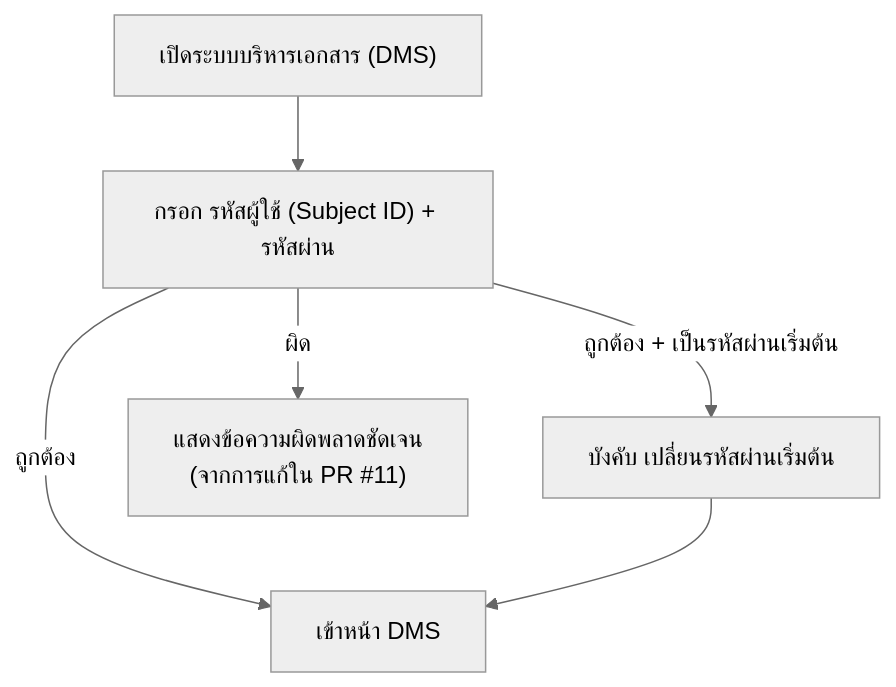
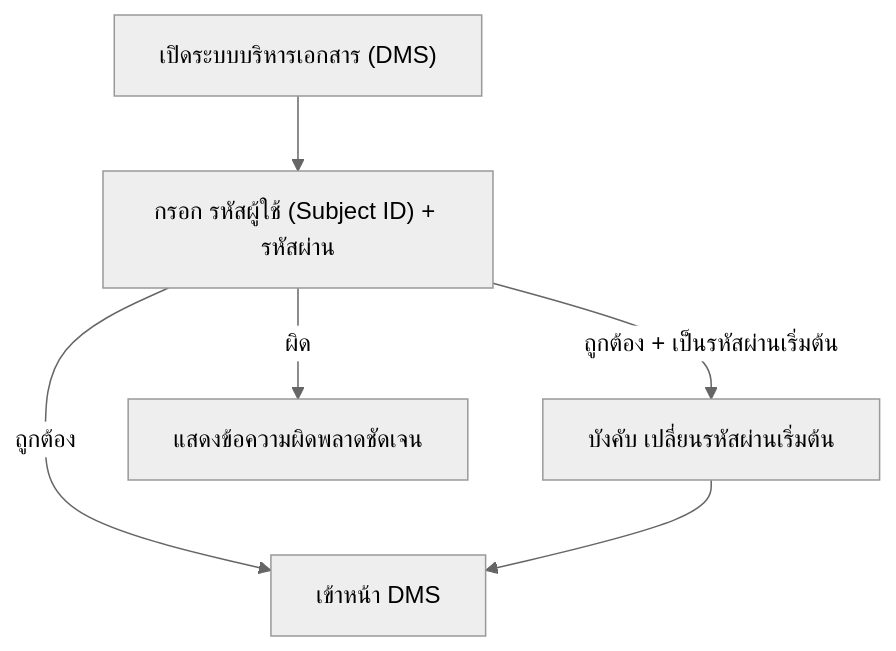
The eighth of 13 diagrams in docs/help/readme.md (chatchailim/spadav5), drawn with Mermaid (neutral theme) before and after one commit. The commit also changed other lines of this file and 4 other files, not shown here.

````diff
--- a/docs/help/readme.md
+++ b/docs/help/readme.md
@@ -393,8 +394,8 @@
 ```mermaid
 flowchart TD
   S["เปิดระบบบริหารเอกสาร (DMS)"] --> L["กรอก รหัสผู้ใช้ (Subject ID) + รหัสผ่าน"]
   L -->|"ถูกต้อง + เป็นรหัสผ่านเริ่มต้น"| C["บังคับ เปลี่ยนรหัสผ่านเริ่มต้น"]
   L -->|"ถูกต้อง"| H["เข้าหน้า DMS"]
-  L -->|"ผิด"| E["แสดงข้อความผิดพลาดชัดเจน<br/>(จากการแก้ใน PR #11)"]
+  L -->|"ผิด"| E["แสดงข้อความผิดพลาดชัดเจน"]
   C --> H
 ```
````
